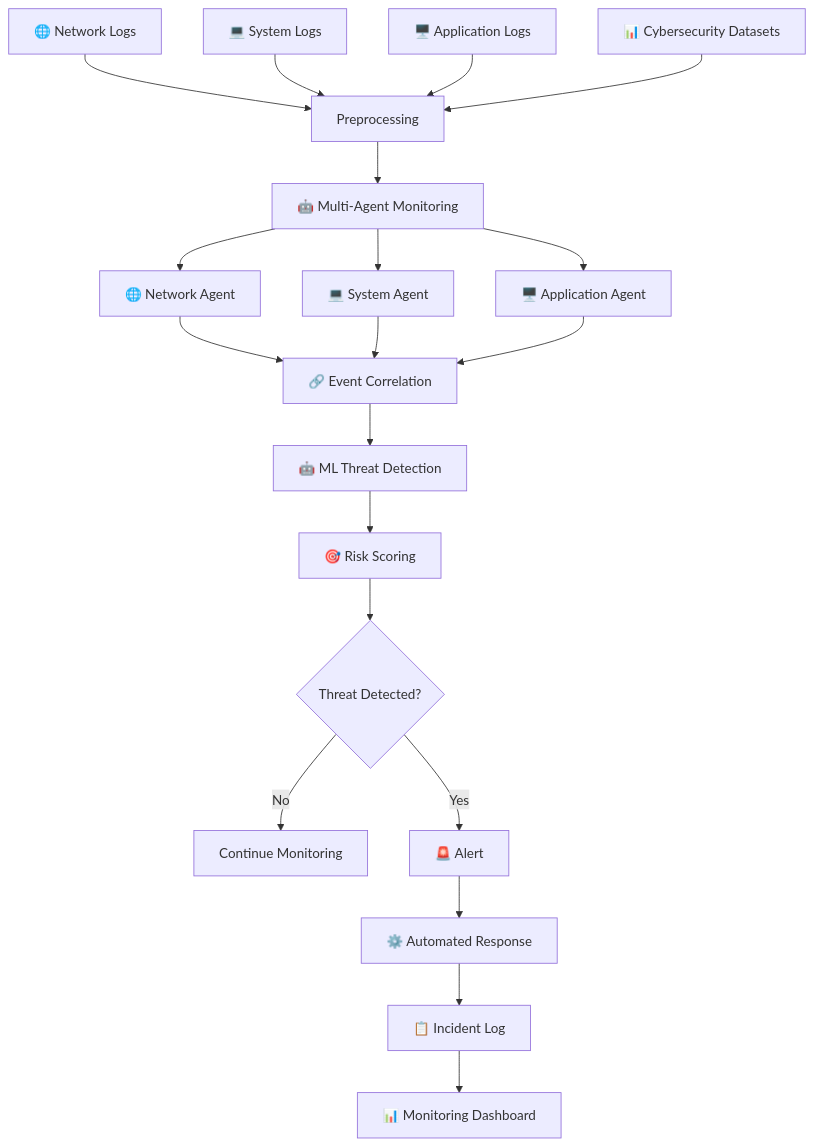
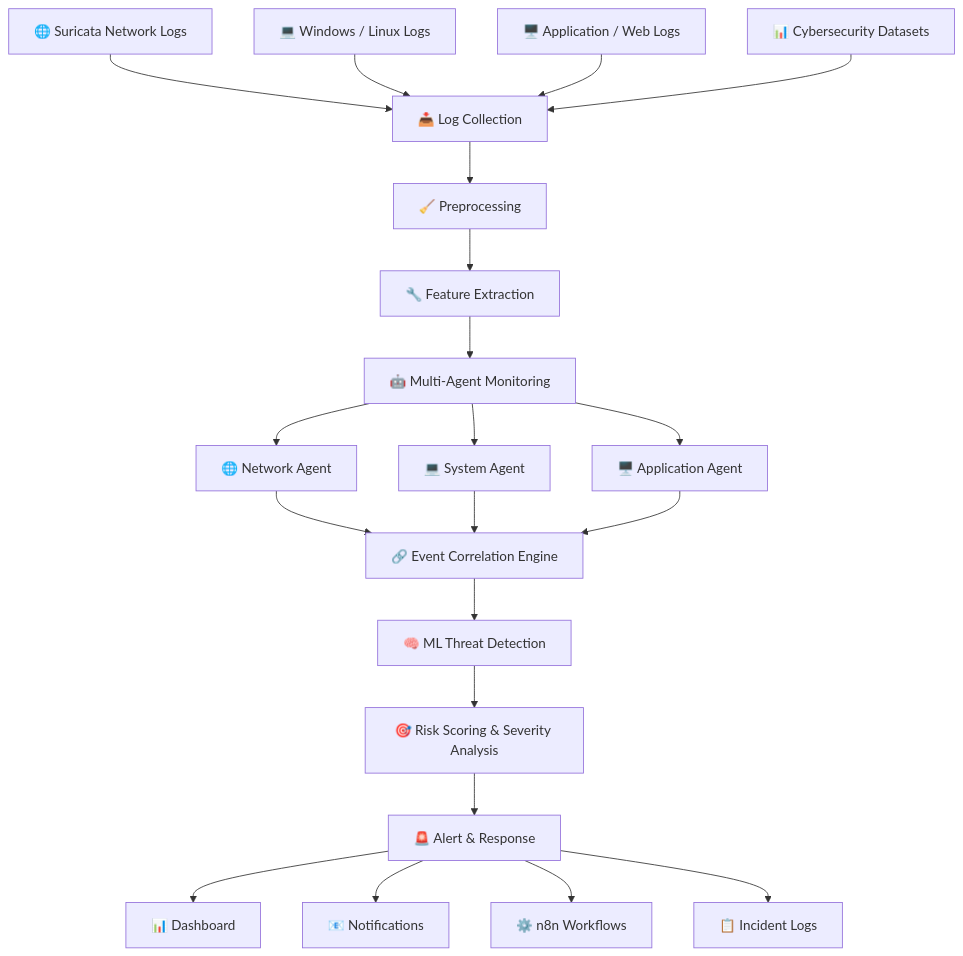
Before and after one commit to Divyaprada-G/ai-driven-multi-agent-system-for-cyber-threat-detection: the first of 2 diagrams in README.md, drawn with Mermaid. The commit also changed other lines of this file, not shown here.

````diff
--- a/README.md
+++ b/README.md
@@ -110,31 +115,38 @@
 ```mermaid
 flowchart TD
 
-    A[🌐 Network Logs] --> D[Preprocessing]
-    B[💻 System Logs] --> D
-    C[🖥️ Application Logs] --> D
-    X[📊 Cybersecurity Datasets] --> D
+    A["🌐 Suricata Network Logs"]
+    B["💻 Windows / Linux Logs"]
+    C["🖥️ Application / Web Logs"]
+    D["📊 Cybersecurity Datasets"]
 
-    D --> E[🤖 Multi-Agent Monitoring]
+    A --> E["📥 Log Collection"]
+    B --> E
+    C --> E
+    D --> E
 
-    E --> E1[🌐 Network Agent]
-    E --> E2[💻 System Agent]
-    E --> E3[🖥️ Application Agent]
+    E --> F["🧹 Preprocessing"]
 
-    E1 --> F[🔗 Event Correlation]
-    E2 --> F
-    E3 --> F
+    F --> G["🔧 Feature Extraction"]
 
-    F --> G[🤖 ML Threat Detection]
+    G --> H["🤖 Multi-Agent Monitoring"]
 
-    G --> H[🎯 Risk Scoring]
+    H --> I["🌐 Network Agent"]
+    H --> J["💻 System Agent"]
+    H --> K["🖥️ Application Agent"]
 
-    H --> I{Threat Detected?}
+    I --> L["🔗 Event Correlation Engine"]
+    J --> L
+    K --> L
 
-    I -->|No| J[Continue Monitoring]
-    I -->|Yes| K[🚨 Alert]
+    L --> M["🧠 ML Threat Detection"]
 
-    K --> L[⚙️ Automated Response]
-    L --> M[📋 Incident Log]
-    M --> N[📊 Monitoring Dashboard]
+    M --> N["🎯 Risk Scoring & Severity Analysis"]
+
+    N --> O["🚨 Alert & Response"]
+
+    O --> P["📊 Dashboard"]
+    O --> Q["📧 Notifications"]
+    O --> R["⚙️ n8n Workflows"]
+    O --> S["📋 Incident Logs"]
 ```
````
